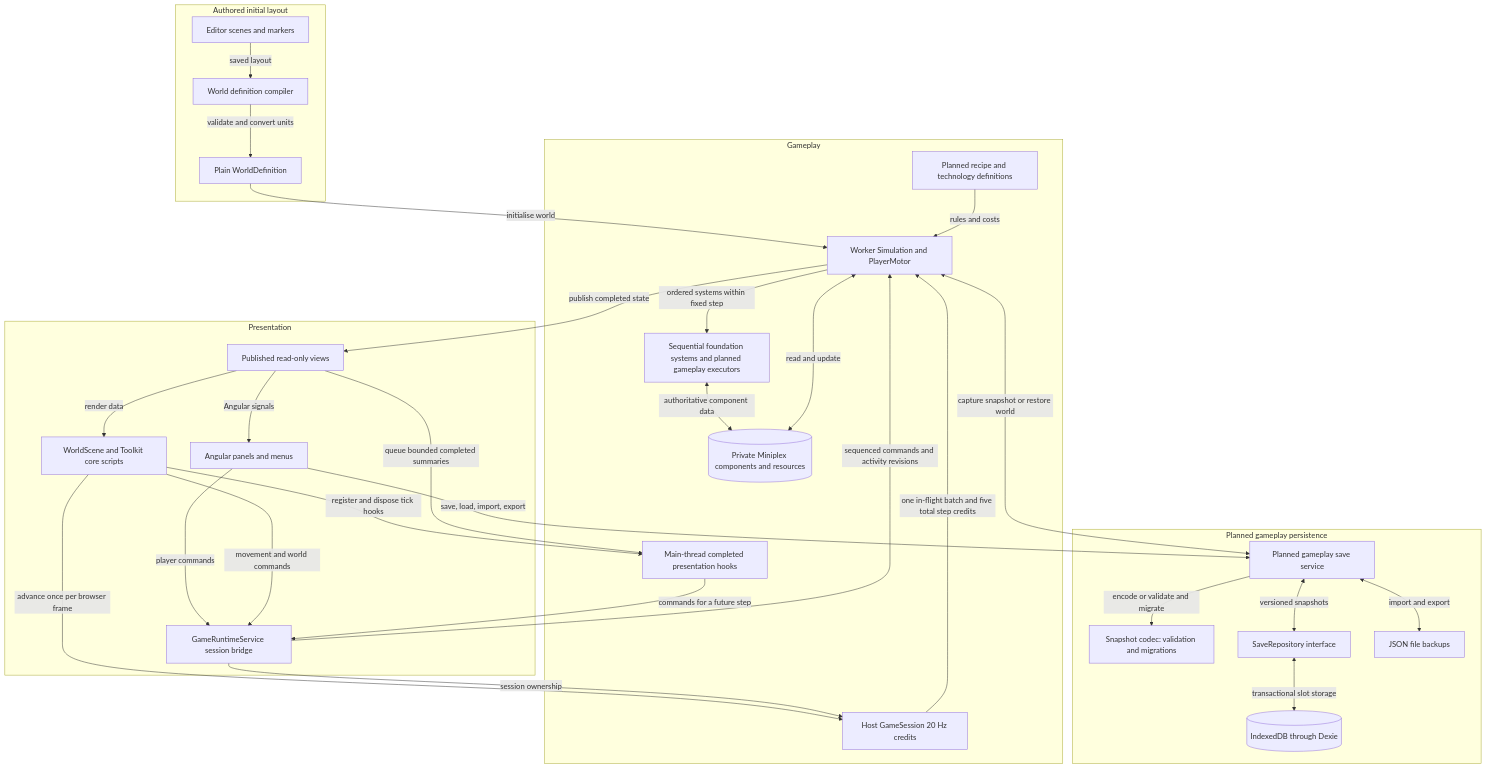
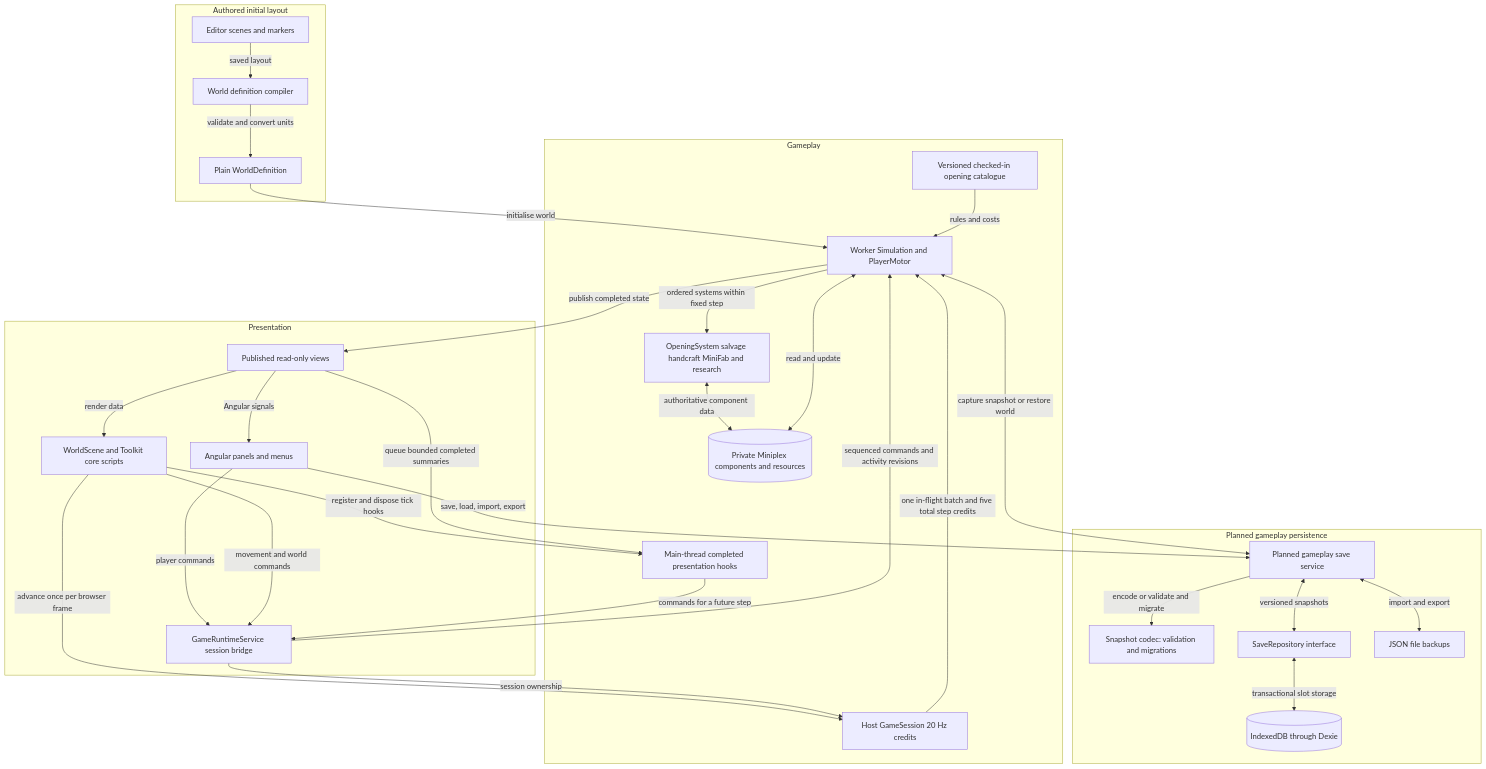
One commit to Googlproxer/Scrapworks changed the diagram in docs/diagrams/src/system-interactions.mmd. Above: the diagram before and after it, drawn with Mermaid. The commit also changed 117 other files, not shown here.

First line of the commit message:
Implement the Milestone 3 gameplay opening

```diff
--- a/docs/diagrams/src/system-interactions.mmd
+++ b/docs/diagrams/src/system-interactions.mmd
@@ -1,56 +1,56 @@
 flowchart TB
     subgraph Authoring[Authored initial layout]
         Editor[Editor scenes and markers]
         Compiler[World definition compiler]
         Definition[Plain WorldDefinition]
     end
 
     subgraph Presentation[Presentation]
         UI[Angular panels and menus]
         Scene[WorldScene and Toolkit core scripts]
         Facade[GameRuntimeService session bridge]
         Views[Published read-only views]
     end
 
     subgraph Gameplay[Gameplay]
         Loop[Host GameSession 20 Hz credits]
         Hooks[Main-thread completed presentation hooks]
         Sim[Worker Simulation and PlayerMotor]
         State[(Private Miniplex components and resources)]
-        Content[Planned recipe and technology definitions]
-        ECS[Sequential foundation systems and planned gameplay executors]
+        Content[Versioned checked-in opening catalogue]
+        ECS[OpeningSystem salvage handcraft MiniFab and research]
     end
 
     subgraph Persistence[Planned gameplay persistence]
         Saves[Planned gameplay save service]
         Codec[Snapshot codec: validation and migrations]
         Repository[SaveRepository interface]
         Local[(IndexedDB through Dexie)]
         Files[JSON file backups]
     end
 
     Editor -->|saved layout| Compiler
     Compiler -->|validate and convert units| Definition
     Definition -->|initialise world| Sim
     UI -->|player commands| Facade
     Scene -->|movement and world commands| Facade
     Facade -->|sequenced commands and activity revisions| Sim
     Scene -->|advance once per browser frame| Loop
     Facade -->|session ownership| Loop
     Scene -->|register and dispose tick hooks| Hooks
     Views -->|queue bounded completed summaries| Hooks
     Hooks -->|commands for a future step| Facade
     Loop -->|one in-flight batch and five total step credits| Sim
     Sim -->|ordered systems within fixed step| ECS
     ECS <-->|authoritative component data| State
     Content -->|rules and costs| Sim
     Sim <-->|read and update| State
     Sim -->|publish completed state| Views
     Views -->|Angular signals| UI
     Views -->|render data| Scene
     UI -->|save, load, import, export| Saves
     Saves <-->|capture snapshot or restore world| Sim
     Saves -->|encode or validate and migrate| Codec
     Saves <-->|versioned snapshots| Repository
     Repository <-->|transactional slot storage| Local
     Saves <-->|import and export| Files
```
